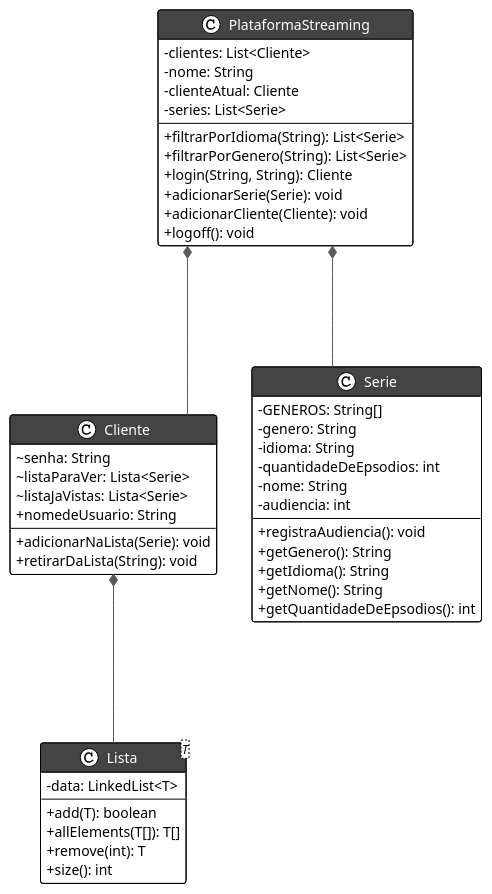
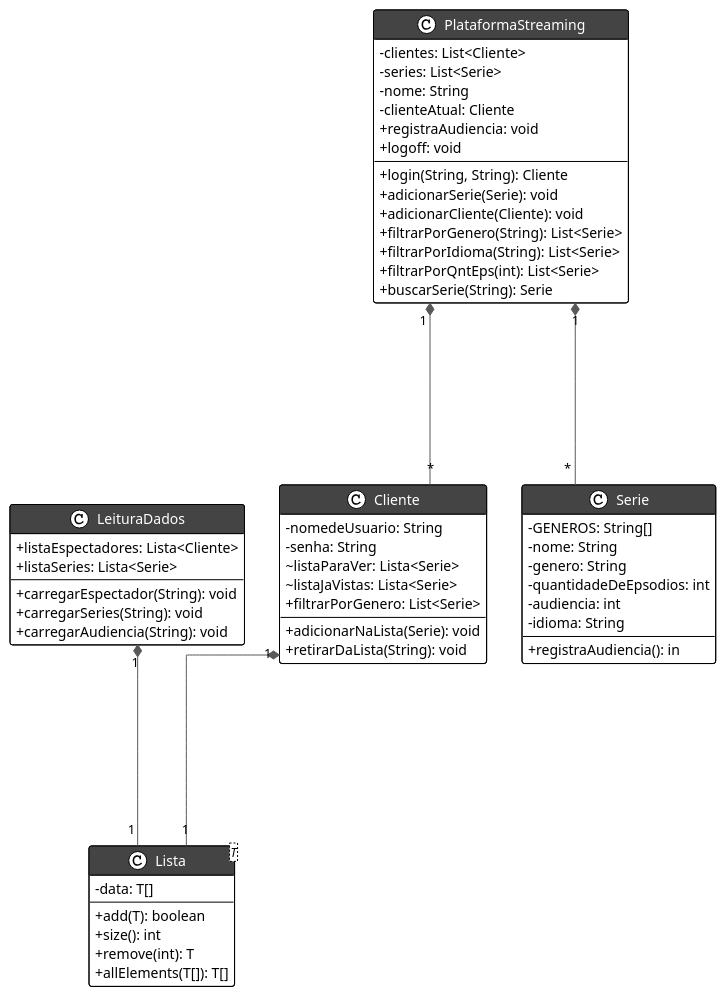
The diagram in docs/diagramas/UML.plantuml (DisciplinasProgramacao/lpm_projetos_3_4_5-grupo2), drawn with PlantUML before and after one commit. The commit also changed 2 other files, not shown here.

Commit message:
Update UML

```diff
--- a/docs/diagramas/UML.plantuml
+++ b/docs/diagramas/UML.plantuml
@@ -1,57 +1,67 @@
 @startuml
 
 !theme plain
 top to bottom direction
 skinparam linetype ortho
 skinparam classAttributeIconSize 0
 skinparam classFontColor automatic
 skinparam classHeaderBackgroundColor #444
 
 class Cliente {
-  ~ senha: String
+  - nomedeUsuario: String
+  - senha: String
   ~ listaParaVer: Lista<Serie>
   ~ listaJaVistas: Lista<Serie>
-  + nomedeUsuario: String
   + adicionarNaLista(Serie): void
   + retirarDaLista(String): void
+  + filtrarPorGenero: List<Serie>
+}
+
+class LeituraDados {
+  +listaEspectadores: Lista<Cliente>
+  +listaSeries: Lista<Serie>
+  + carregarEspectador(String): void
+  + carregarSeries(String): void
+  + carregarAudiencia(String): void
 }
 
 class Lista<T> {
-  - data: LinkedList<T>
+  - data: T[]
   + add(T): boolean
+  + size(): int
+  + remove(int): T
   + allElements(T[]): T[]
-  + remove(int): T
-  + size(): int
 }
 
 class PlataformaStreaming {
   - clientes: List<Cliente>
+  - series: List<Serie>
   - nome: String
   - clienteAtual: Cliente
-  - series: List<Serie>
-  + filtrarPorIdioma(String): List<Serie>
-  + filtrarPorGenero(String): List<Serie>
   + login(String, String): Cliente
   + adicionarSerie(Serie): void
   + adicionarCliente(Cliente): void
-  + logoff(): void
+  + filtrarPorGenero(String): List<Serie>
+  + filtrarPorIdioma(String): List<Serie>
+  + filtrarPorQntEps(int): List<Serie>
+  + registraAudiencia: void
+  + logoff: void
+  + buscarSerie(String): Serie
 }
 
 class Serie {
   - GENEROS: String[]
+  - nome: String
   - genero: String
+  - quantidadeDeEpsodios: int
+  - audiencia: int
   - idioma: String
-  - quantidadeDeEpsodios: int
-  - nome: String
-  - audiencia: int
-  + registraAudiencia(): void
-  + getGenero(): String
-  + getIdioma(): String
-  + getNome(): String
-  + getQuantidadeDeEpsodios(): int
+  + registraAudiencia(): in
+
 }
 
-Cliente             *--[#595959,plain]- Lista
-PlataformaStreaming *--[#595959,plain]- Cliente
-PlataformaStreaming *--[#595959,plain]- Serie
+Cliente             "1" *--[#595959,plain]-- "1" Lista
+LeituraDados        "1" *--[#595959,plain]-- "1" Lista
+PlataformaStreaming "1" *--[#595959,plain]-- "*" Cliente
+PlataformaStreaming "1" *--[#595959,plain]-- "*" Serie
 @enduml
```
